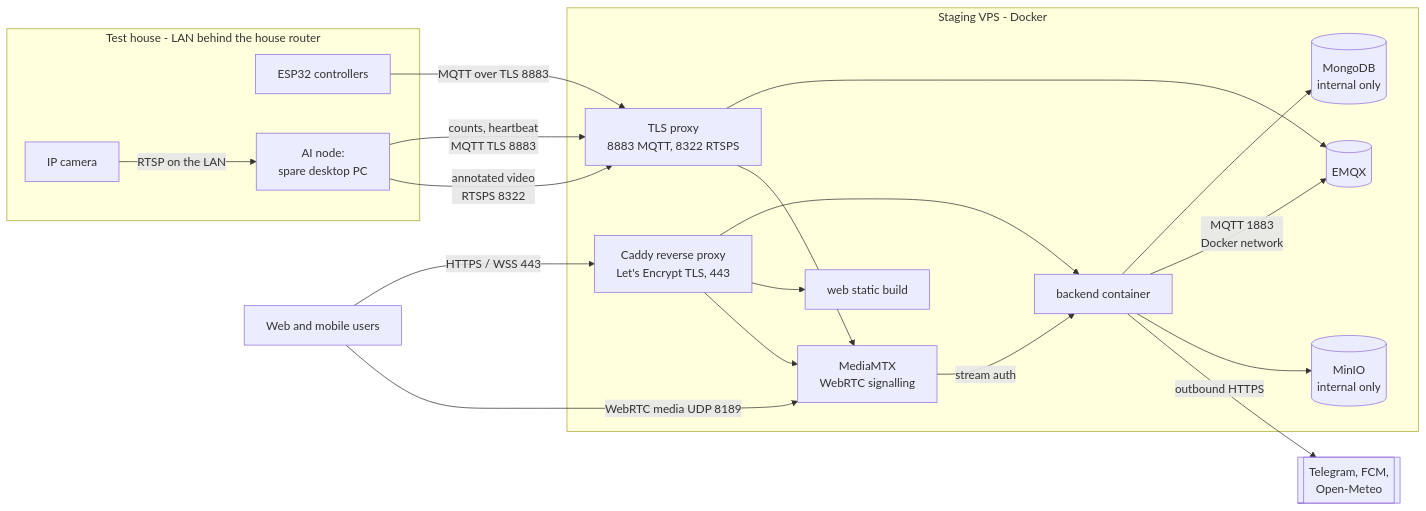
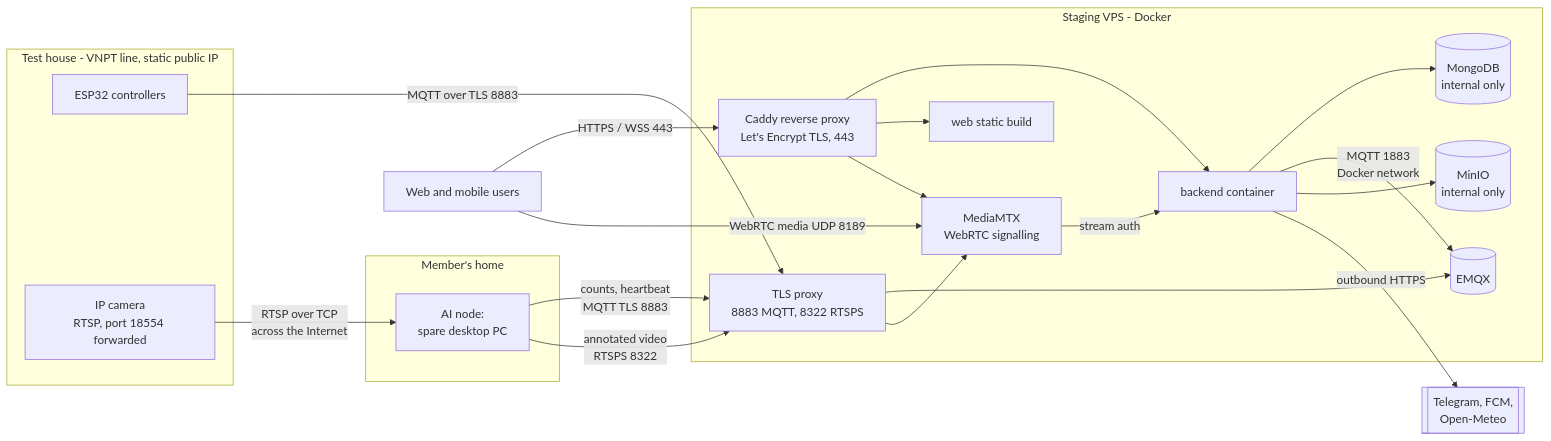
One commit to NBao261/SwiftletCare_KLTN changed diagram 35 of 35 in docs/reports/report4-sdd.md. Above: the diagram before and after it, drawn with Mermaid. The commit also changed other lines of this file and 15 other files, not shown here.

First line of the commit message:
docs(srs): run the AI node on a spare PC at a member's home

````diff
--- a/docs/reports/report4-sdd.md
+++ b/docs/reports/report4-sdd.md
@@ -1297,24 +1298,28 @@
 ```mermaid
 flowchart LR
   subgraph VPS[Staging VPS - Docker]
     RP[Caddy reverse proxy<br/>Let's Encrypt TLS, 443] --> API[backend container]
     RP --> WEBS[web static build]
     RP --> MTX[MediaMTX<br/>WebRTC signalling]
     API --> MONGO[(MongoDB<br/>internal only)]
     API -- MQTT 1883<br/>Docker network --> EMQX[(EMQX)]
     TLSP[TLS proxy<br/>8883 MQTT, 8322 RTSPS] --> EMQX
     TLSP --> MTX
     API --> MINIO[(MinIO<br/>internal only)]
     MTX -- stream auth --> API
   end
-  subgraph HOUSE[Test house - LAN behind the house router]
+  subgraph HOUSE[Test house - VNPT line, static public IP]
     ESP[ESP32 controllers]
-    CAM[IP camera] -- RTSP on the LAN --> PC[AI node:<br/>spare desktop PC]
+    CAM[IP camera<br/>RTSP, port 18554 forwarded]
   end
+  subgraph HOME[Member's home]
+    PC[AI node:<br/>spare desktop PC]
+  end
+  CAM -- RTSP over TCP<br/>across the Internet --> PC
   ESP -- MQTT over TLS 8883 --> TLSP
   PC -- counts, heartbeat<br/>MQTT TLS 8883 --> TLSP
   PC -- annotated video<br/>RTSPS 8322 --> TLSP
   USERS[Web and mobile users] -- HTTPS / WSS 443 --> RP
   USERS -- WebRTC media UDP 8189 --> MTX
   API -- outbound HTTPS --> EXT[[Telegram, FCM,<br/>Open-Meteo]]
 ```
````
